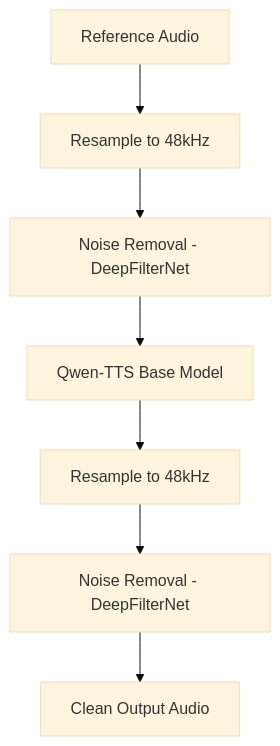
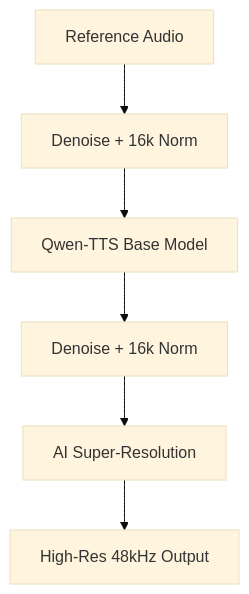
The diagram in Logic/audio_pipeline.md (Chi-Gabriel/voice-cloning), drawn with Mermaid (base theme) before and after one commit. The commit also changed other lines of this file and 18 other files, not shown here.

````diff
--- a/Logic/audio_pipeline.md
+++ b/Logic/audio_pipeline.md
@@ -9,9 +9,8 @@
 ```mermaid
 graph TD
-    A[Reference Audio] --> B[Resample to 48kHz]
-    B --> C[Noise Removal - DeepFilterNet]
-    C --> D[Qwen-TTS Base Model]
-    D --> E[Resample to 48kHz]
-    E --> F[Noise Removal - DeepFilterNet]
-    F --> G[Clean Output Audio]
+    A[Reference Audio] --> B[Denoise + 16k Norm]
+    B --> C[Qwen-TTS Base Model]
+    C --> D[Denoise + 16k Norm]
+    D --> E[AI Super-Resolution]
+    E --> F[High-Res 48kHz Output]
 ```
````
